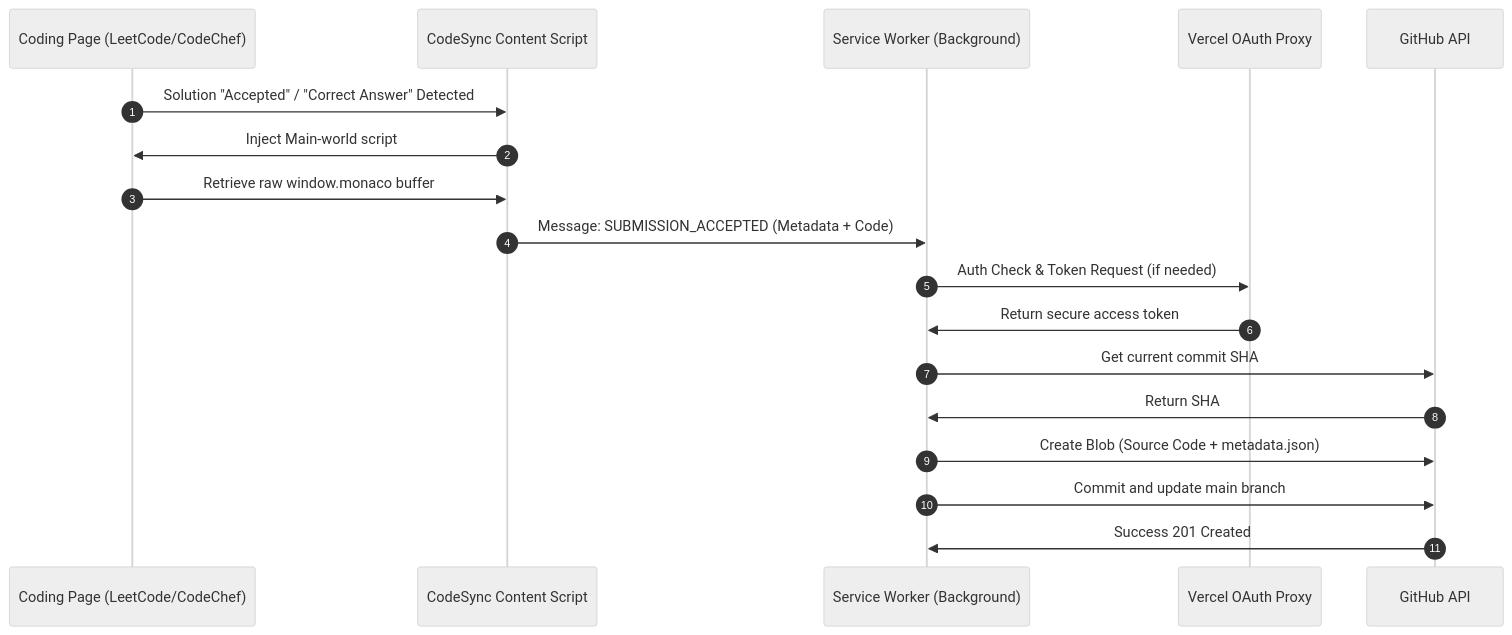
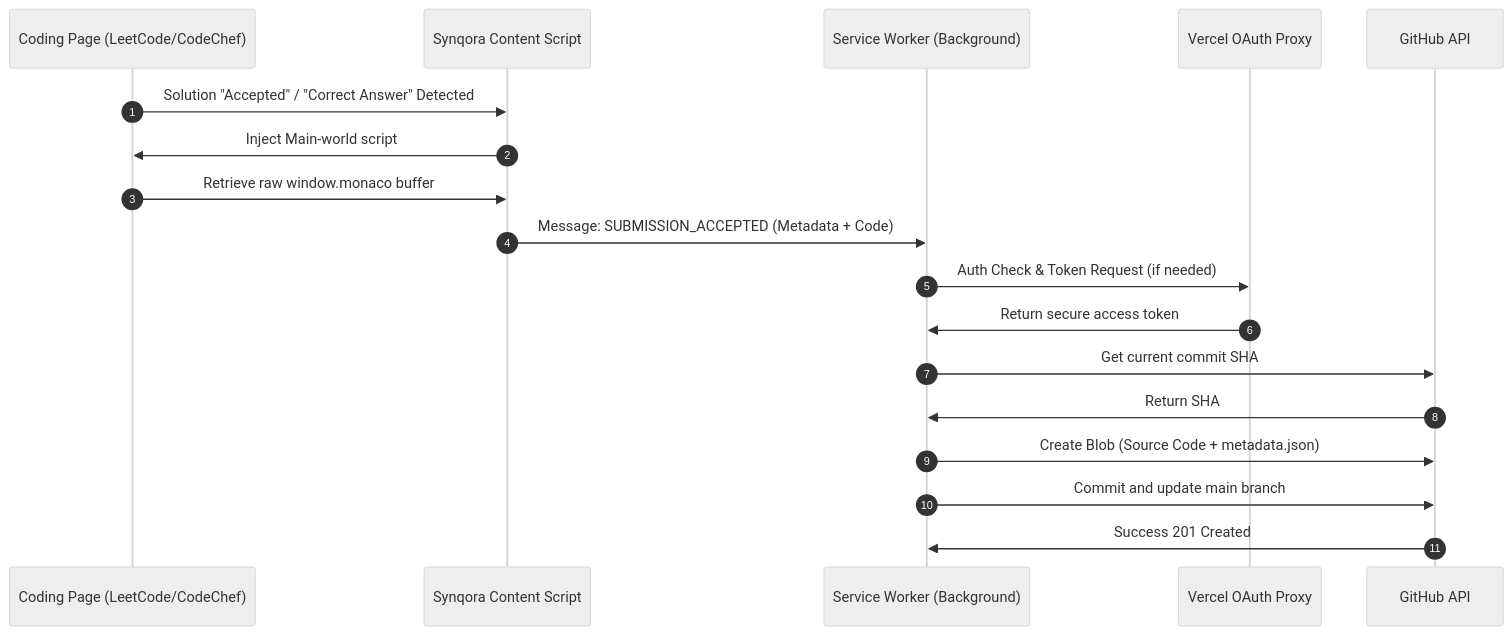
One commit to ASingh2425/code_extension changed the diagram in README.md. Above: the diagram before and after it, drawn with Mermaid (neutral theme). The commit also changed other lines of this file and 8 other files, not shown here.

````diff
--- a/README.md
+++ b/README.md
@@ -58,21 +58,21 @@
 ```mermaid
 sequenceDiagram
     autonumber
     participant Page as Coding Page (LeetCode/CodeChef)
-    participant CS as CodeSync Content Script
+    participant CS as Synqora Content Script
     participant BG as Service Worker (Background)
     participant VP as Vercel OAuth Proxy
     participant GH as GitHub API
 
     Page->>CS: Solution "Accepted" / "Correct Answer" Detected
     CS->>Page: Inject Main-world script
     Page->>CS: Retrieve raw window.monaco buffer
     CS->>BG: Message: SUBMISSION_ACCEPTED (Metadata + Code)
     BG->>VP: Auth Check & Token Request (if needed)
     VP->>BG: Return secure access token
     BG->>GH: Get current commit SHA
     GH->>BG: Return SHA
     BG->>GH: Create Blob (Source Code + metadata.json)
     BG->>GH: Commit and update main branch
     GH->>BG: Success 201 Created
 ```
````
